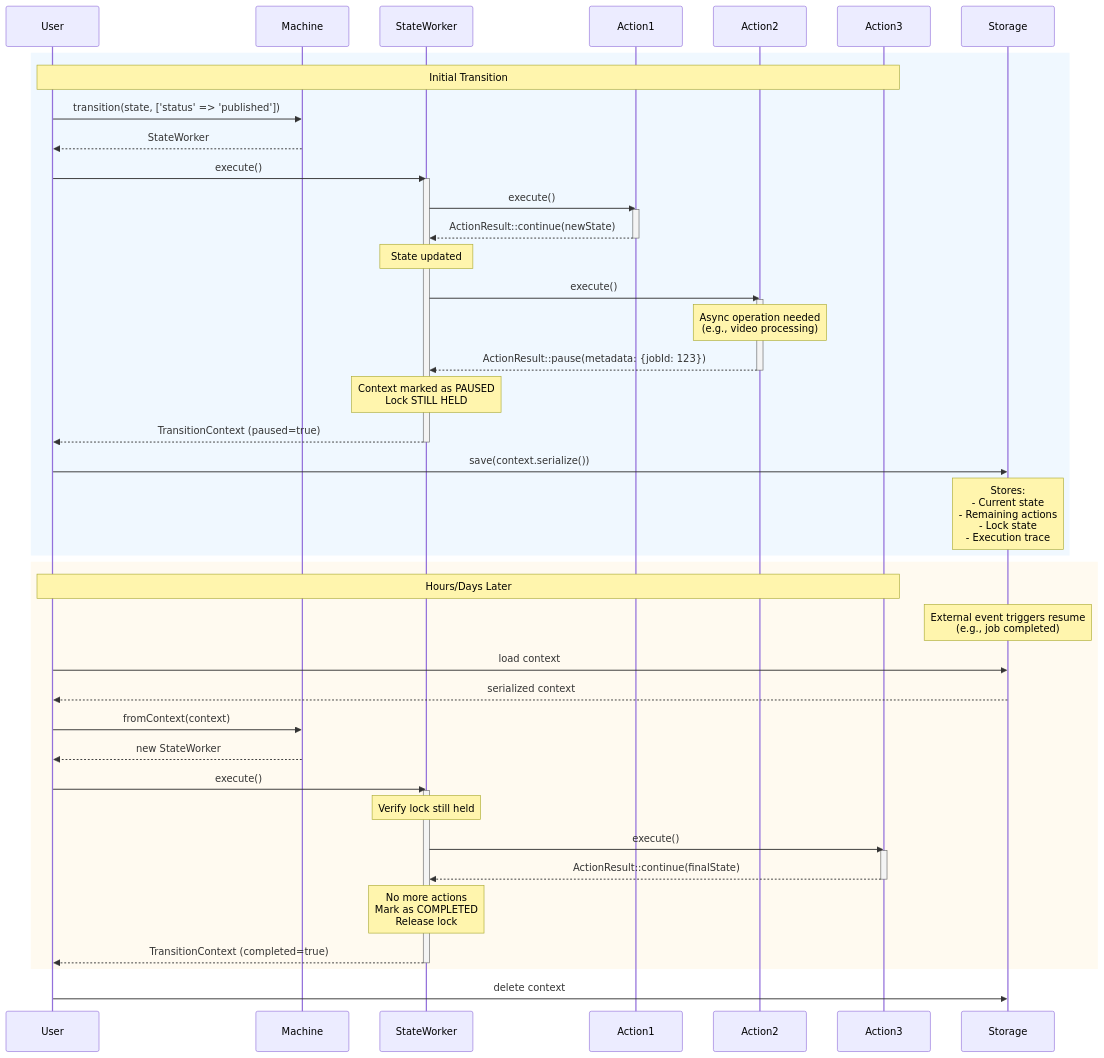
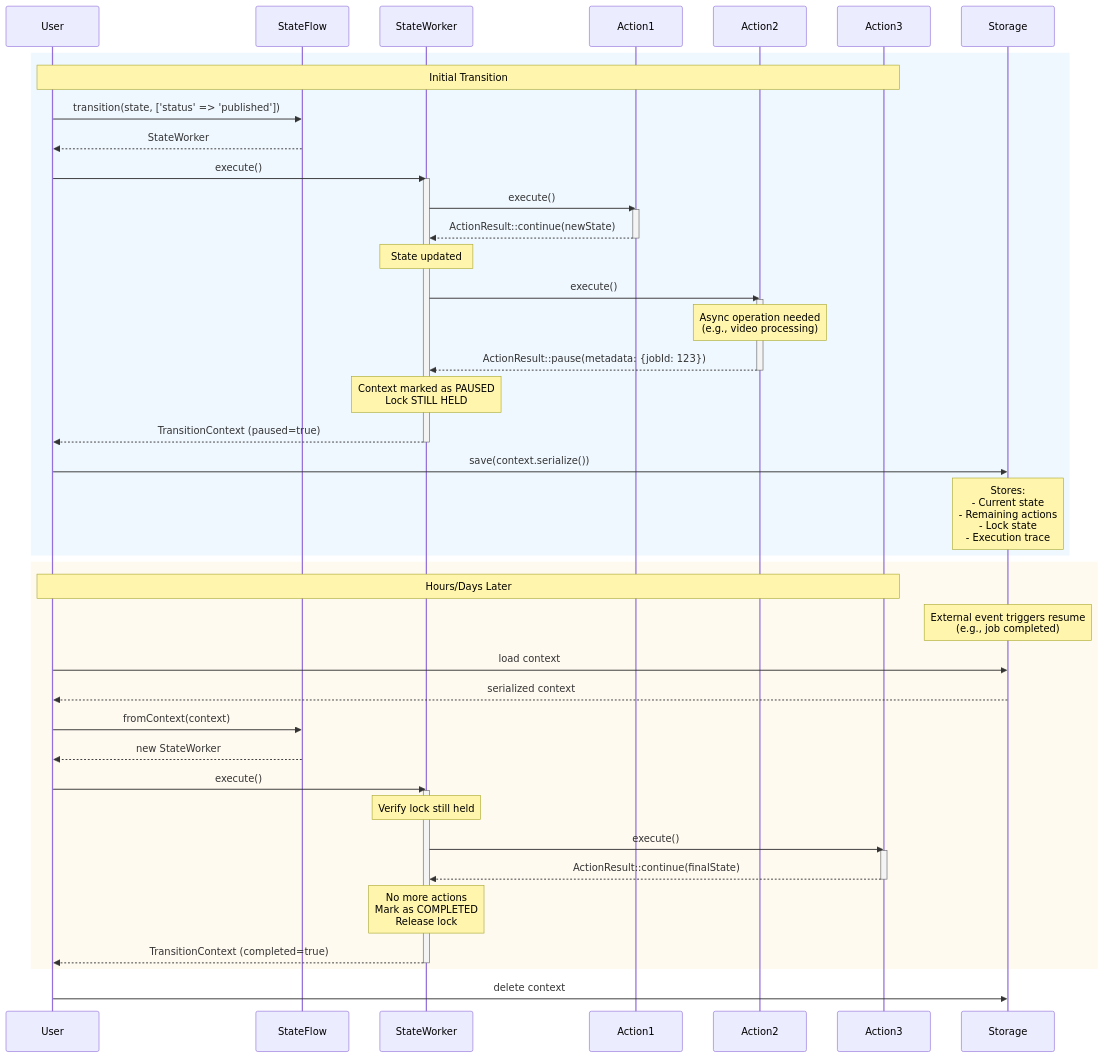
One commit to benrowe/stateflow changed the fifth of 8 diagrams in docs/diagrams.md. Above: the diagram before and after it, drawn with Mermaid. The commit also changed other lines of this file and 11 other files, not shown here.

First line of the commit message:
Rename StateMachine to StateFlow

````diff
--- a/docs/diagrams.md
+++ b/docs/diagrams.md
@@ -228,64 +228,64 @@
 ```mermaid
 sequenceDiagram
     participant User
-    participant Machine
+    participant StateFlow
     participant Worker as StateWorker
     participant Action1
     participant Action2
     participant Action3
     participant Storage
 
     rect rgb(240, 248, 255)
         Note over User,Action3: Initial Transition
-        User->>Machine: transition(state, ['status' => 'published'])
-        Machine-->>User: StateWorker
+        User->>StateFlow: transition(state, ['status' => 'published'])
+        StateFlow-->>User: StateWorker
         User->>Worker: execute()
         activate Worker
 
         Worker->>Action1: execute()
         activate Action1
         Action1-->>Worker: ActionResult::continue(newState)
         deactivate Action1
         Note over Worker: State updated
 
         Worker->>Action2: execute()
         activate Action2
         Note over Action2: Async operation needed<br/>(e.g., video processing)
         Action2-->>Worker: ActionResult::pause(metadata: {jobId: 123})
         deactivate Action2
 
         Note over Worker: Context marked as PAUSED<br/>Lock STILL HELD
         Worker-->>User: TransitionContext (paused=true)
         deactivate Worker
 
         User->>Storage: save(context.serialize())
         Note over Storage: Stores:<br/>- Current state<br/>- Remaining actions<br/>- Lock state<br/>- Execution trace
     end
 
     rect rgb(255, 250, 240)
         Note over User,Action3: Hours/Days Later
         Note over Storage: External event triggers resume<br/>(e.g., job completed)
 
         User->>Storage: load context
         Storage-->>User: serialized context
 
-        User->>Machine: fromContext(context)
-        Machine-->>User: new StateWorker
+        User->>StateFlow: fromContext(context)
+        StateFlow-->>User: new StateWorker
         User->>Worker: execute()
         activate Worker
 
         Note over Worker: Verify lock still held
 
         Worker->>Action3: execute()
         activate Action3
         Action3-->>Worker: ActionResult::continue(finalState)
         deactivate Action3
 
         Note over Worker: No more actions<br/>Mark as COMPLETED<br/>Release lock
 
         Worker-->>User: TransitionContext (completed=true)
         deactivate Worker
     end
 
     User->>Storage: delete context
 ```
````
